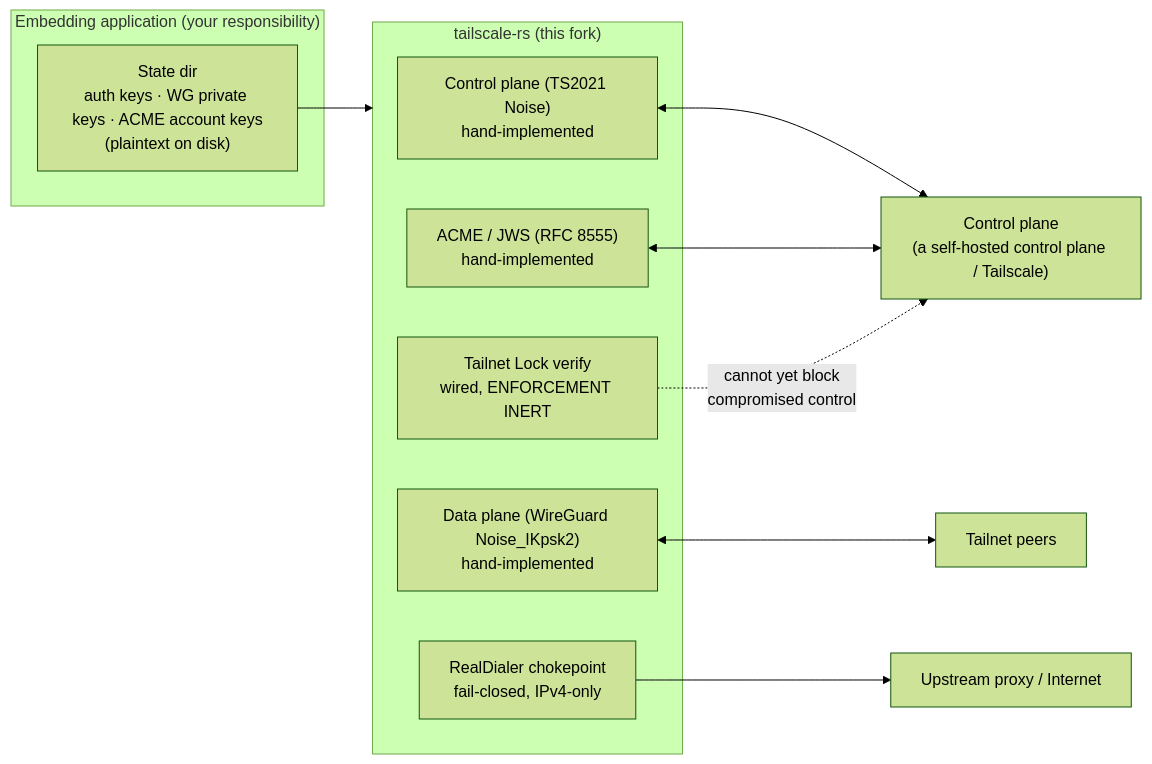
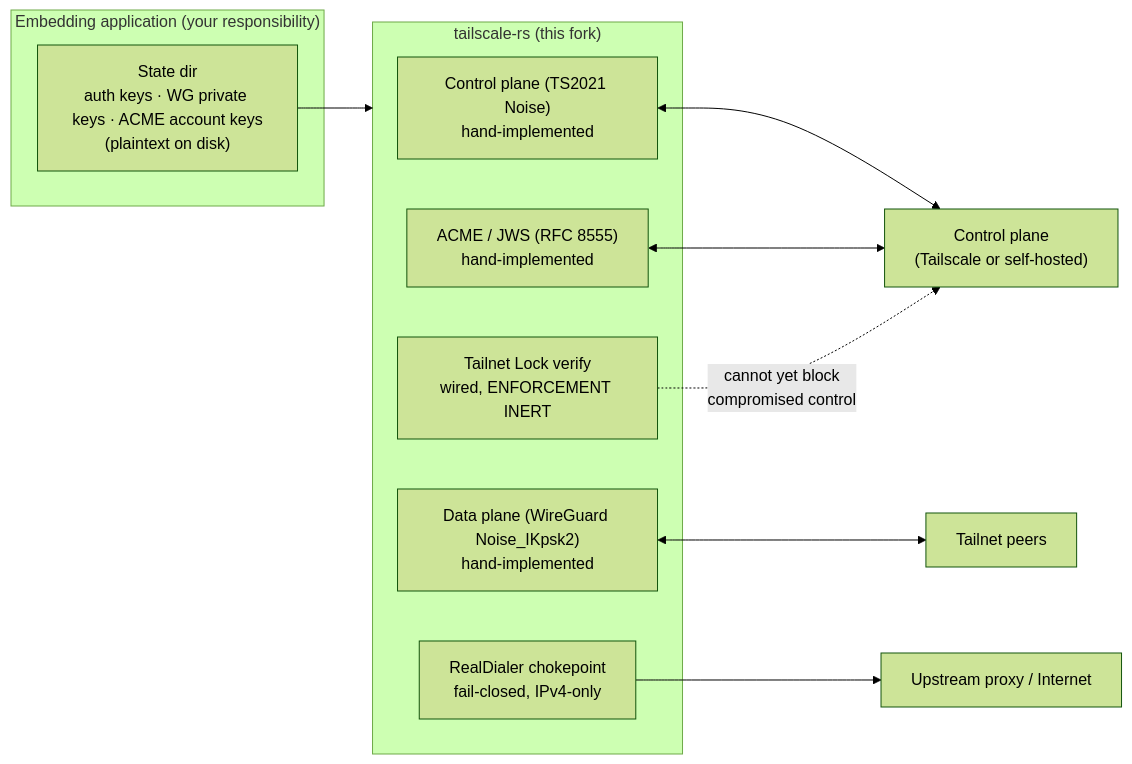
The diagram in SECURITY.md (GeiserX/tailscale-rs), drawn with Mermaid (forest theme) before and after one commit. The commit also changed other lines of this file and 29 other files, not shown here.

````diff
--- a/SECURITY.md
+++ b/SECURITY.md
@@ -16,25 +16,25 @@
 ```mermaid
 flowchart LR
     subgraph Embedder["Embedding application (your responsibility)"]
         State["State dir<br/>auth keys · WG private keys · ACME account keys<br/>(plaintext on disk)"]
     end
 
     subgraph Lib["tailscale-rs (this fork)"]
         CtrlNoise["Control plane (TS2021 Noise)<br/>hand-implemented"]
         DataNoise["Data plane (WireGuard Noise_IKpsk2)<br/>hand-implemented"]
         Acme["ACME / JWS (RFC 8555)<br/>hand-implemented"]
         TKA["Tailnet Lock verify<br/>wired, ENFORCEMENT INERT"]
         Dialer["RealDialer chokepoint<br/>fail-closed, IPv4-only"]
     end
 
-    Control["Control plane<br/>(a self-hosted control plane / Tailscale)"]
+    Control["Control plane<br/>(Tailscale or self-hosted)"]
     Peers["Tailnet peers"]
     Upstream["Upstream proxy / Internet"]
 
     State --> Lib
     CtrlNoise <--> Control
     DataNoise <--> Peers
     Acme <--> Control
     TKA -. "cannot yet block<br/>compromised control" .-> Control
     Dialer --> Upstream
 ```
````
